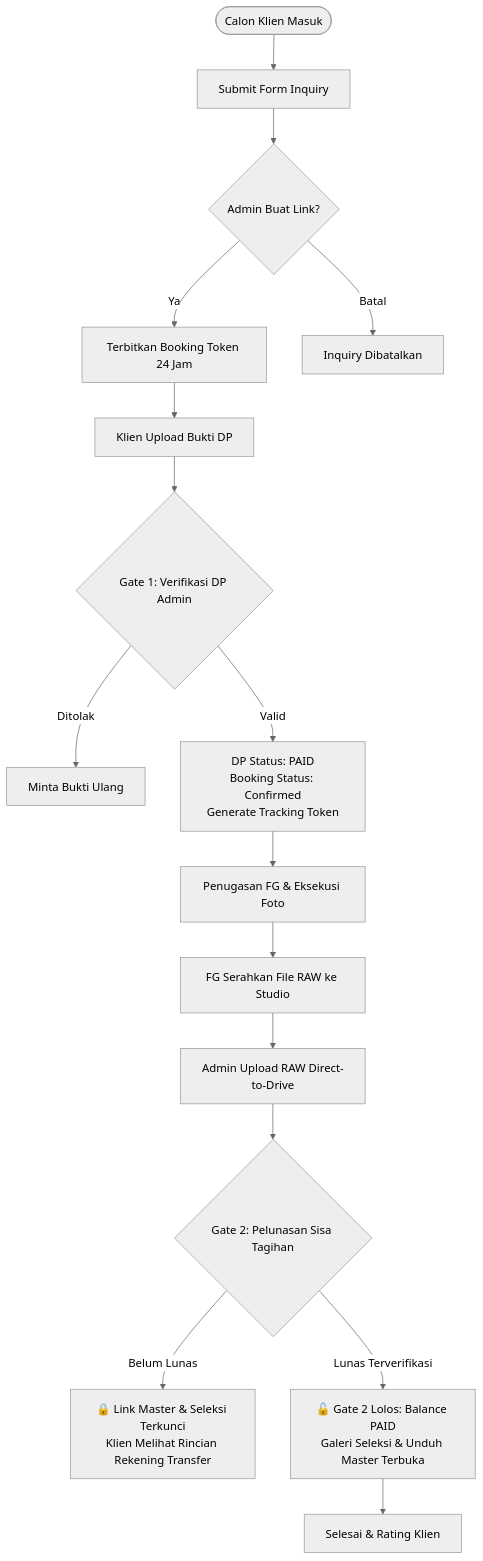
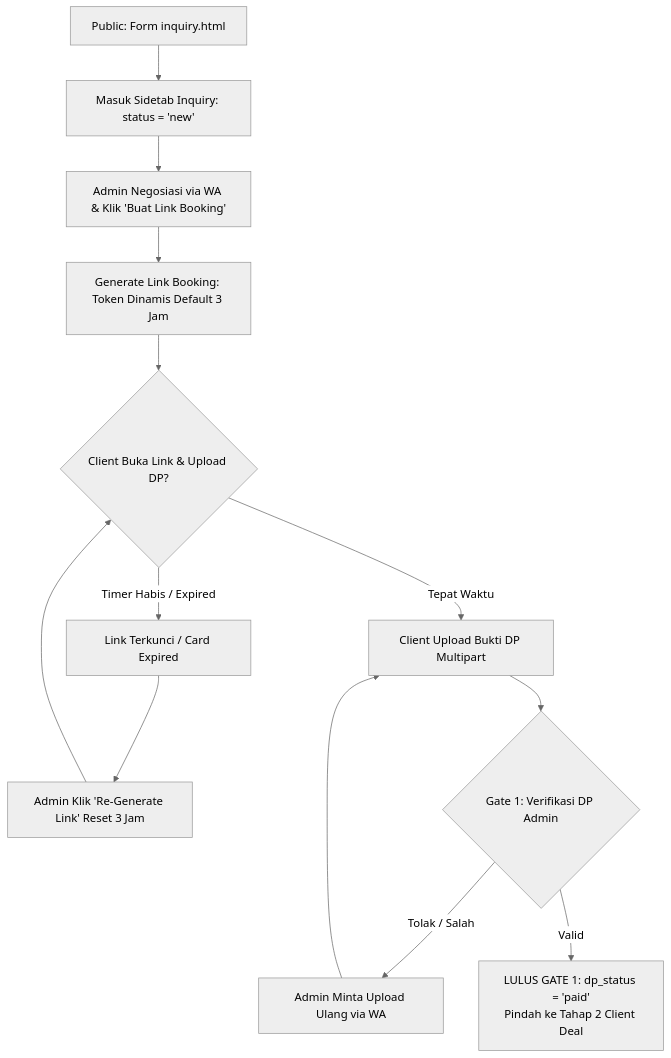
The second of 6 diagrams in FLOW_SISTEM/DOKUMENTASI_KOMPREHENSIF_DAN_DEEP_AUDIT_SISTEM_WISUDA.md (armansyam/Wisuda), drawn with Mermaid (neutral theme) before and after one commit. The commit also changed other lines of this file and 8 other files, not shown here.

Commit message:
fix(portal): purge all dead freelance upload code, clean timeline events, sync zero-upload admin-centric flow

````diff
--- a/FLOW_SISTEM/DOKUMENTASI_KOMPREHENSIF_DAN_DEEP_AUDIT_SISTEM_WISUDA.md
+++ b/FLOW_SISTEM/DOKUMENTASI_KOMPREHENSIF_DAN_DEEP_AUDIT_SISTEM_WISUDA.md
@@ -132,22 +151,17 @@
 ```mermaid
 graph TD
-    Start([Calon Klien Masuk]) --> Inq[Submit Form Inquiry]
-    Inq --> AdminReview{Admin Buat Link?}
-    AdminReview -->|Ya| Token[Terbitkan Booking Token 24 Jam]
-    AdminReview -->|Batal| RejectInq[Inquiry Dibatalkan]
+    A[Public: Form inquiry.html] --> B[Masuk Sidetab Inquiry: status = 'new']
+    B --> C[Admin Negosiasi via WA & Klik 'Buat Link Booking']
+    C --> D[Generate Link Booking: Token Dinamis Default 3 Jam]
     
-    Token --> ClientDP[Klien Upload Bukti DP]
-    ClientDP --> Gate1Check{Gate 1: Verifikasi DP Admin}
-    Gate1Check -->|Ditolak| ReuploadDP[Minta Bukti Ulang]
-    Gate1Check -->|Valid| Gate1Pass[DP Status: PAID<br/>Booking Status: Confirmed<br/>Generate Tracking Token]
+    D --> E{Client Buka Link & Upload DP?}
+    E -->|Timer Habis / Expired| F[Link Terkunci / Card Expired]
+    F --> G[Admin Klik 'Re-Generate Link' Reset 3 Jam]
+    G --> E
     
-    Gate1Pass --> SesiFoto[Penugasan FG & Eksekusi Foto]
-    SesiFoto --> SerahRAW[FG Serahkan File RAW ke Studio]
-    SerahRAW --> AdminRAW[Admin Upload RAW Direct-to-Drive]
-    
-    AdminRAW --> Gate2Check{Gate 2: Pelunasan Sisa Tagihan}
-    Gate2Check -->|Belum Lunas| LockMaster[🔒 Link Master & Seleksi Terkunci<br/>Klien Melihat Rincian Rekening Transfer]
-    Gate2Check -->|Lunas Terverifikasi| UnlockMaster[🔓 Gate 2 Lolos: Balance PAID<br/>Galeri Seleksi & Unduh Master Terbuka]
-    
-    UnlockMaster --> Finish[Selesai & Rating Klien]
+    E -->|Tepat Waktu| H[Client Upload Bukti DP Multipart]
+    H --> I{Gate 1: Verifikasi DP Admin}
+    I -->|Tolak / Salah| J[Admin Minta Upload Ulang via WA]
+    J --> H
+    I -->|Valid| K[LULUS GATE 1: dp_status = 'paid'<br/>Pindah ke Tahap 2 Client Deal]
 ```
````
